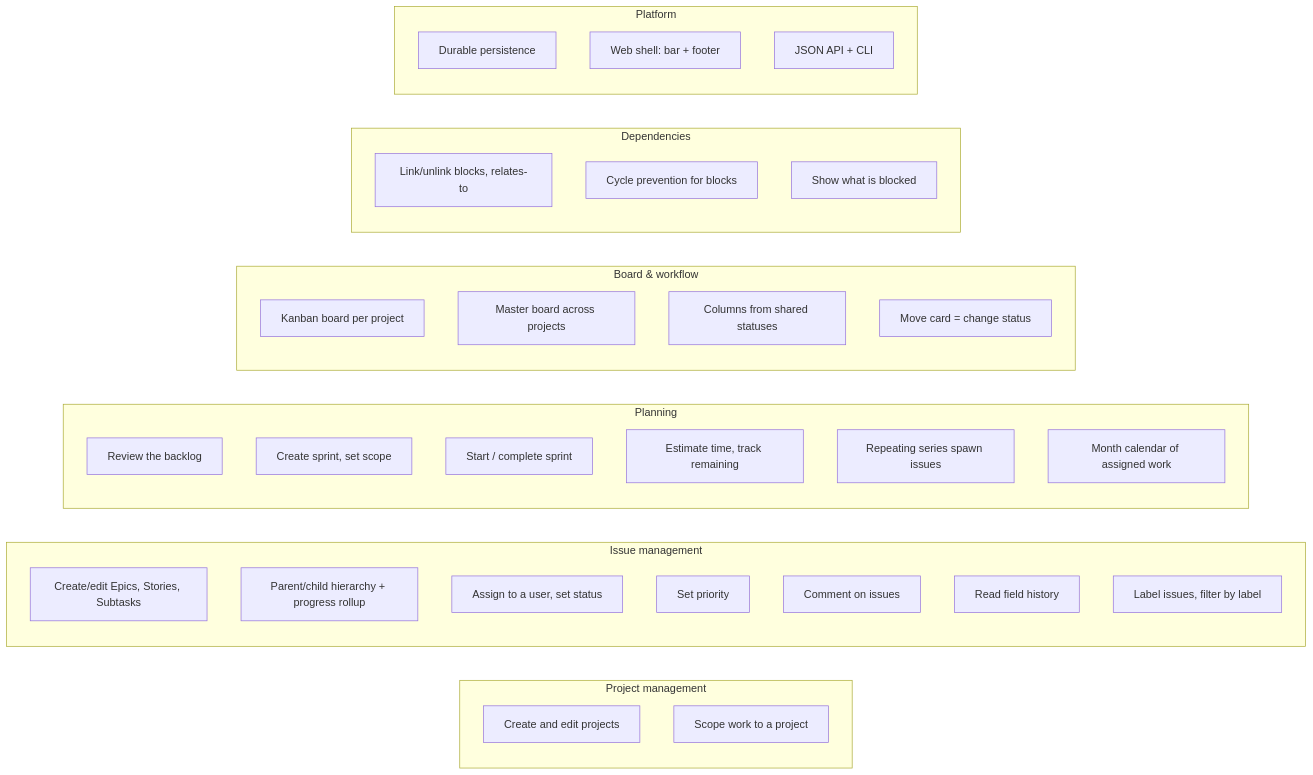
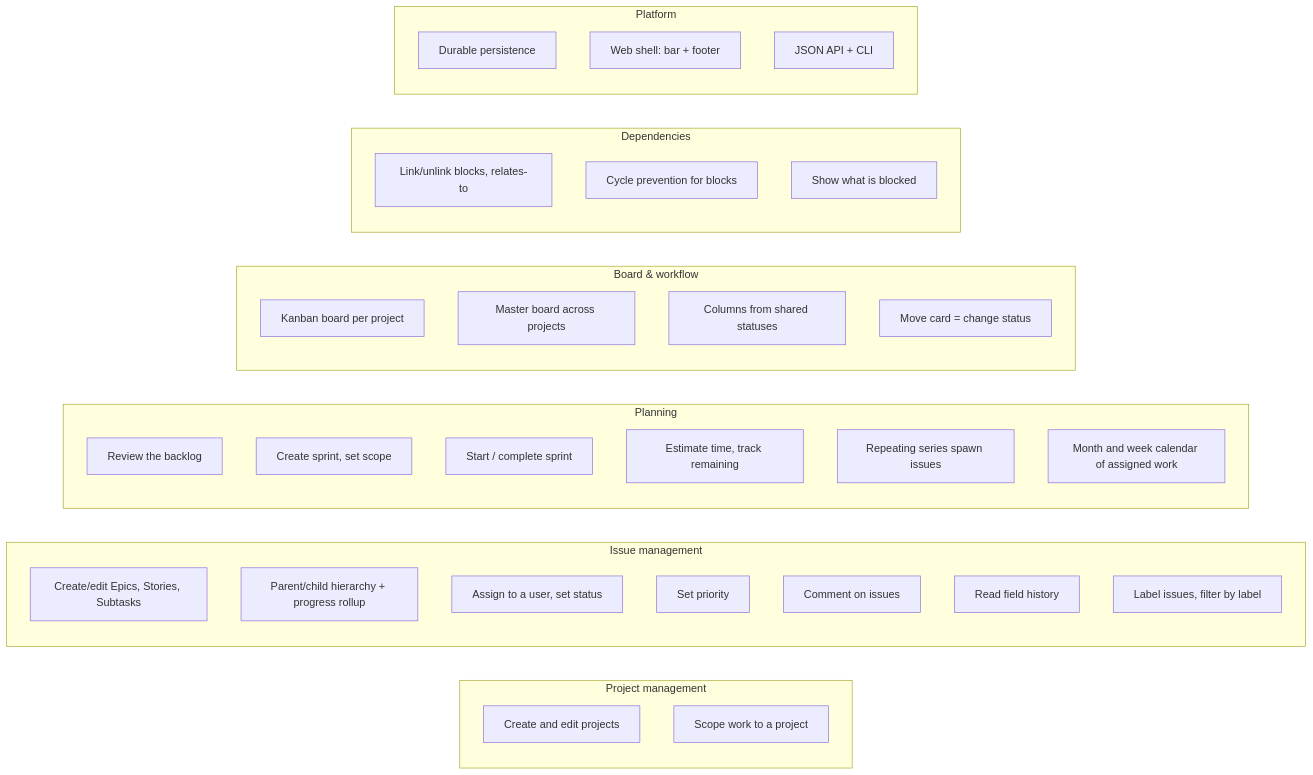
One commit to Mathotics/Keel changed the diagram in docs/architecture/capabilities.md. Above: the diagram before and after it, drawn with Mermaid. The commit also changed other lines of this file and 10 other files, not shown here.

````diff
--- a/docs/architecture/capabilities.md
+++ b/docs/architecture/capabilities.md
@@ -5,40 +5,40 @@
 ```mermaid
 flowchart LR
   subgraph Proj["Project management"]
     p1[Create and edit projects]
     p2[Scope work to a project]
   end
   subgraph Issue["Issue management"]
     a1[Create/edit Epics, Stories, Subtasks]
     a2[Parent/child hierarchy + progress rollup]
     a3[Assign to a user, set status]
     a3b[Set priority]
     a4[Comment on issues]
     a5[Read field history]
     a6[Label issues, filter by label]
   end
   subgraph Plan["Planning"]
     b1[Review the backlog]
     b2[Create sprint, set scope]
     b3[Start / complete sprint]
     b4[Estimate time, track remaining]
     b5[Repeating series spawn issues]
-    b6[Month calendar of assigned work]
+    b6[Month and week calendar of assigned work]
   end
   subgraph Board["Board & workflow"]
     c1[Kanban board per project]
     c1b[Master board across projects]
     c2[Columns from shared statuses]
     c3[Move card = change status]
   end
   subgraph Dep["Dependencies"]
     d1[Link/unlink blocks, relates-to]
     d2[Cycle prevention for blocks]
     d3[Show what is blocked]
   end
   subgraph Plat["Platform"]
     e1[Durable persistence]
     e2[Web shell: bar + footer]
     e3[JSON API + CLI]
   end
 ```
````
